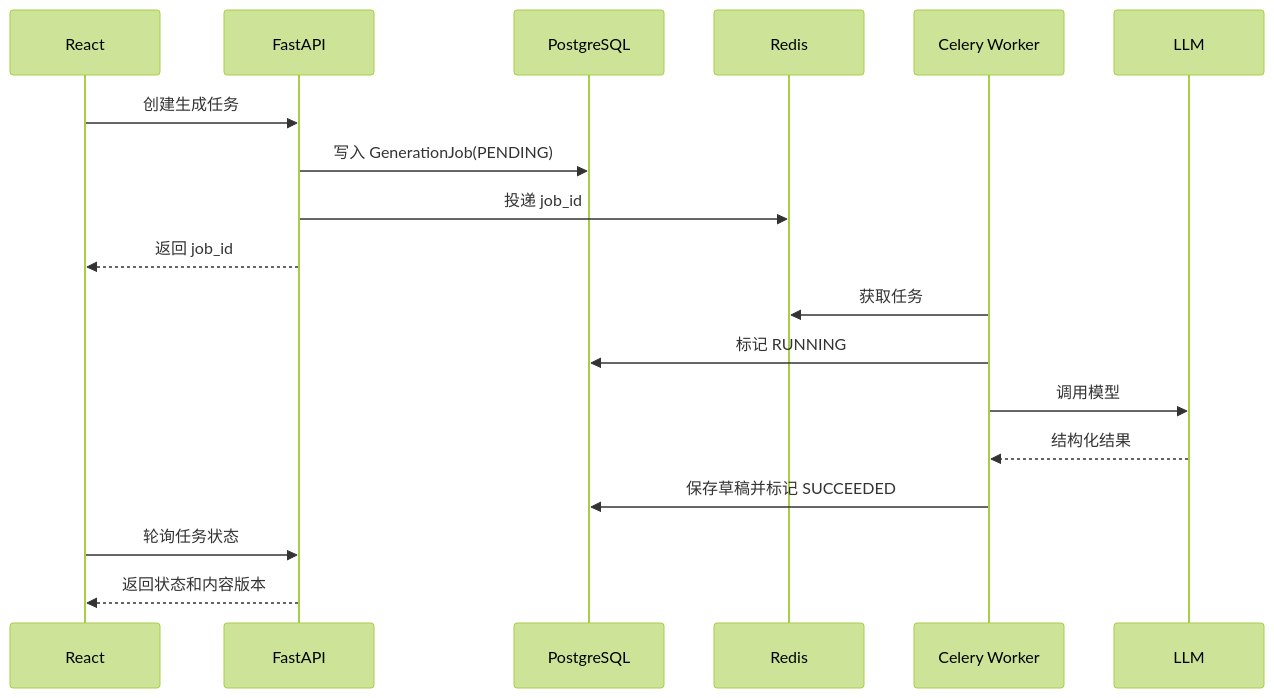
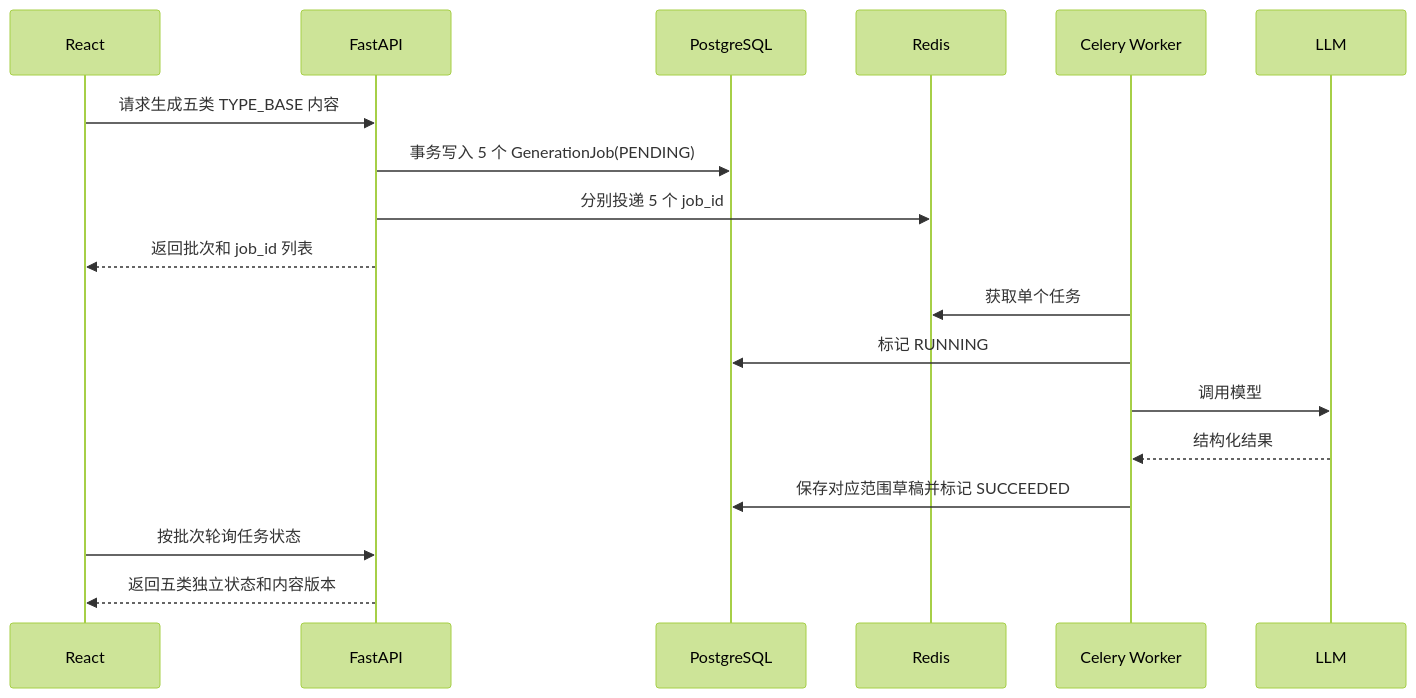
Before and after one commit to ccisnoxx/partsignal: the second of 2 diagrams in docs/GEO系统前后端技术与部署方案.md, drawn with Mermaid (forest theme). The commit also changed other lines of this file and 241 other files, not shown here.

````diff
--- a/docs/GEO系统前后端技术与部署方案.md
+++ b/docs/GEO系统前后端技术与部署方案.md
@@ -327,21 +355,21 @@
 ```mermaid
 sequenceDiagram
     participant UI as React
     participant API as FastAPI
     participant DB as PostgreSQL
     participant R as Redis
     participant W as Celery Worker
     participant L as LLM
 
-    UI->>API: 创建生成任务
-    API->>DB: 写入 GenerationJob(PENDING)
-    API->>R: 投递 job_id
-    API-->>UI: 返回 job_id
-    W->>R: 获取任务
+    UI->>API: 请求生成五类 TYPE_BASE 内容
+    API->>DB: 事务写入 5 个 GenerationJob(PENDING)
+    API->>R: 分别投递 5 个 job_id
+    API-->>UI: 返回批次和 job_id 列表
+    W->>R: 获取单个任务
     W->>DB: 标记 RUNNING
     W->>L: 调用模型
     L-->>W: 结构化结果
-    W->>DB: 保存草稿并标记 SUCCEEDED
-    UI->>API: 轮询任务状态
-    API-->>UI: 返回状态和内容版本
+    W->>DB: 保存对应范围草稿并标记 SUCCEEDED
+    UI->>API: 按批次轮询任务状态
+    API-->>UI: 返回五类独立状态和内容版本
 ```
````
